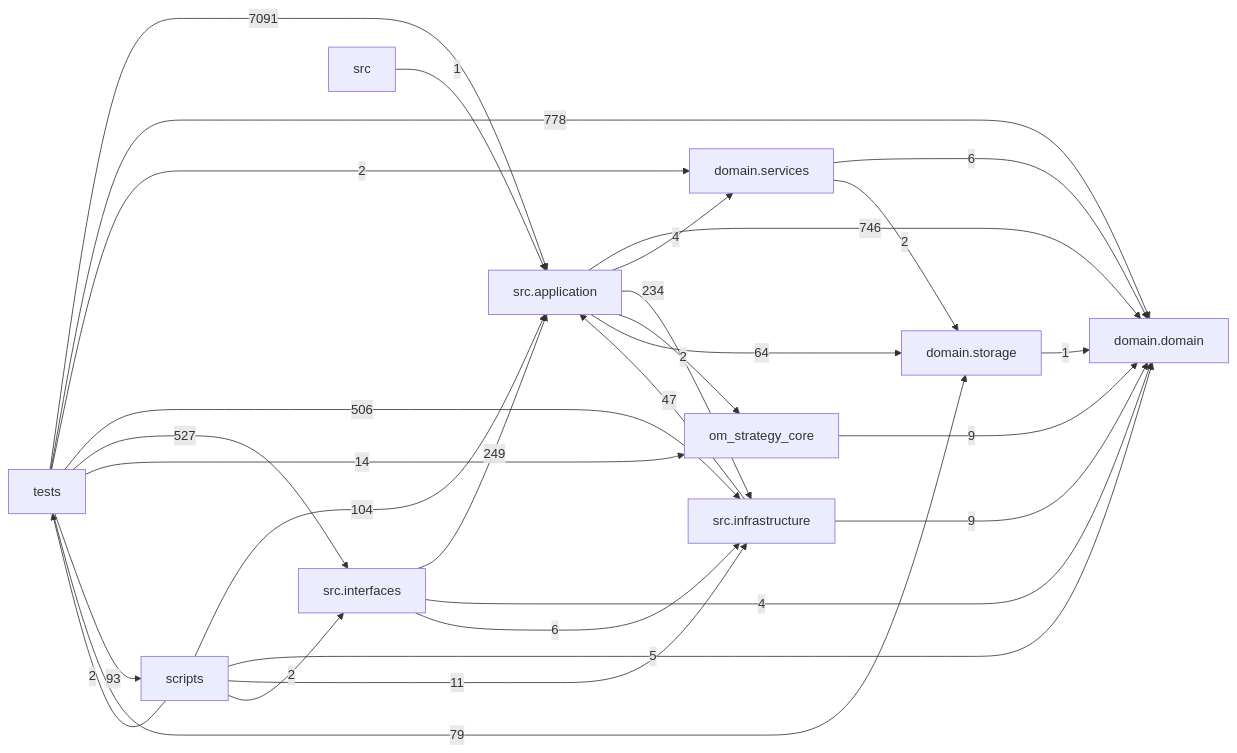
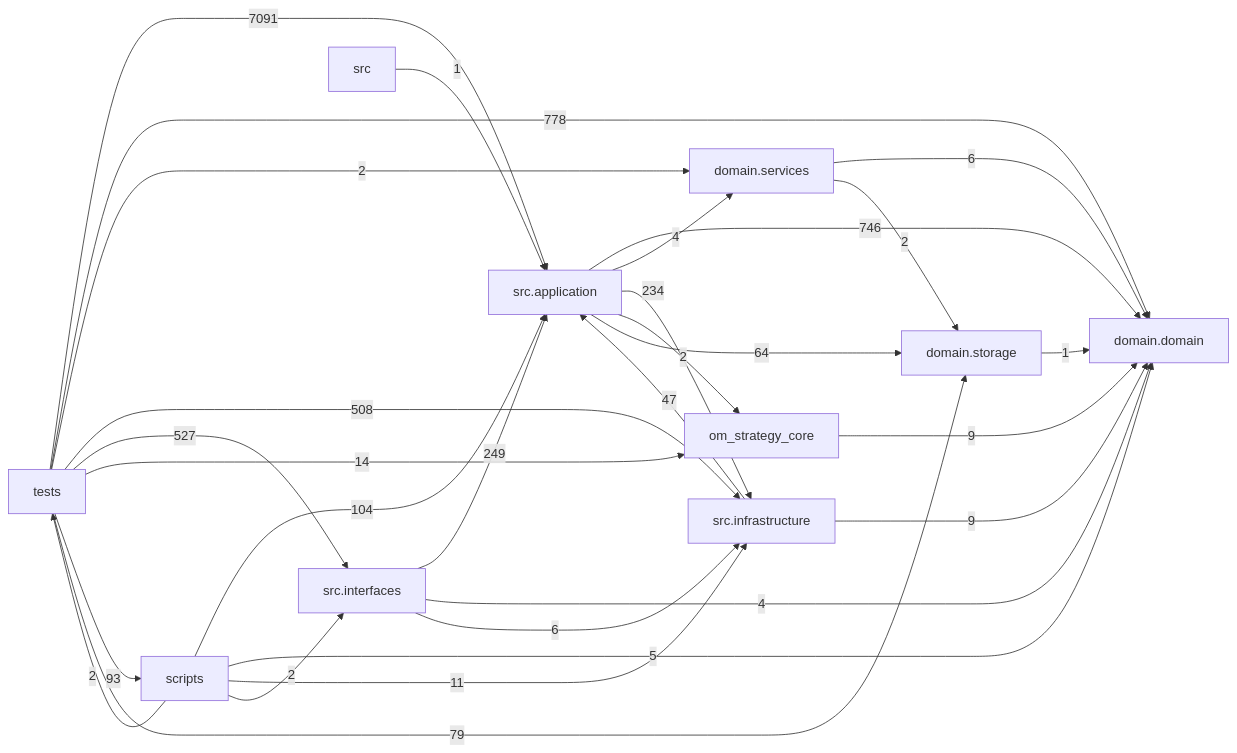
Before and after one commit to liuxie066/options-monitor: the diagram in docs/DEPENDENCY_GRAPH.md, drawn with Mermaid. The commit also changed other lines of this file and 2 other files, not shown here.

````diff
--- a/docs/DEPENDENCY_GRAPH.md
+++ b/docs/DEPENDENCY_GRAPH.md
@@ -24,39 +24,39 @@
 ```mermaid
 flowchart LR
   tests["tests"]
   scripts["scripts"]
   interfaces["src.interfaces"]
   application["src.application"]
   infrastructure["src.infrastructure"]
   domain_services["domain.services"]
   domain["domain.domain"]
   storage["domain.storage"]
   application -->|746| domain
   application -->|4| domain_services
   application -->|234| infrastructure
   application -->|2| om_strategy_core
   application -->|64| storage
   domain_services -->|6| domain
   domain_services -->|2| storage
   infrastructure -->|47| application
   infrastructure -->|9| domain
   interfaces -->|249| application
   interfaces -->|4| domain
   interfaces -->|6| infrastructure
   om_strategy_core -->|9| domain
   scripts -->|104| application
   scripts -->|5| domain
   scripts -->|11| infrastructure
   scripts -->|2| interfaces
   scripts -->|2| tests
   src -->|1| application
   storage -->|1| domain
   tests -->|7091| application
   tests -->|778| domain
   tests -->|2| domain_services
-  tests -->|506| infrastructure
+  tests -->|508| infrastructure
   tests -->|527| interfaces
   tests -->|14| om_strategy_core
   tests -->|93| scripts
   tests -->|79| storage
 ```
````
